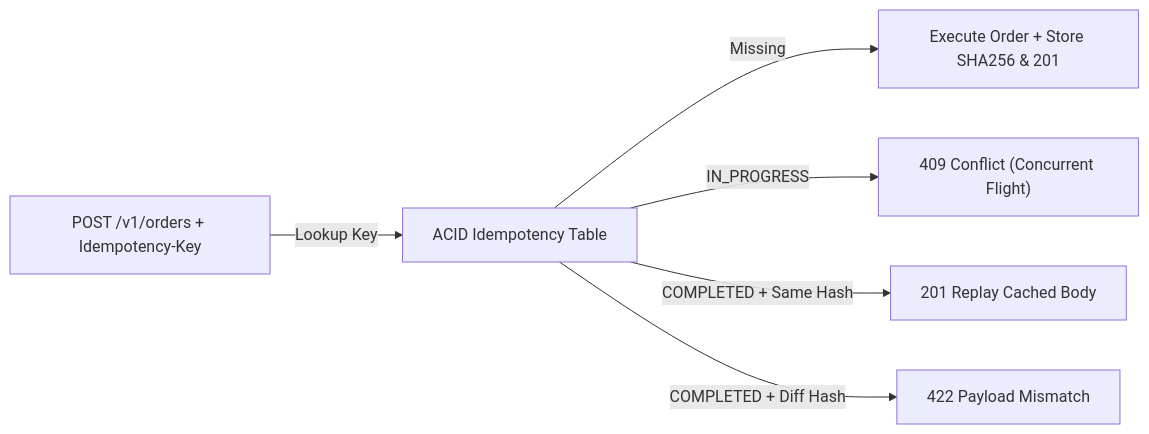
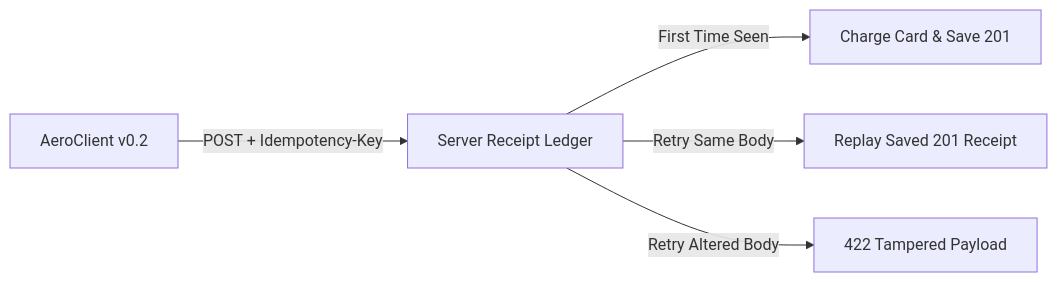
One commit to manjunathk833/codingforinterviews changed the diagram in knowledgebase/04-api-and-api-automation/02-rest-idempotency-caching-and-pagination.md. Above: the diagram before and after it, drawn with Mermaid. The commit also changed other lines of this file and 55 other files, not shown here.

````diff
--- a/knowledgebase/04-api-and-api-automation/02-rest-idempotency-caching-and-pagination.md
+++ b/knowledgebase/04-api-and-api-automation/02-rest-idempotency-caching-and-pagination.md
@@ -67,8 +90,7 @@
 ```mermaid
 flowchart LR
-  Req["POST /v1/orders + Idempotency-Key"] -->|Lookup Key| Ledger["ACID Idempotency Table"]
-  Ledger -->|Missing| Tx["Execute Order + Store SHA256 & 201"]
-  Ledger -->|IN_PROGRESS| Busy["409 Conflict (Concurrent Flight)"]
-  Ledger -->|COMPLETED + Same Hash| Replay["201 Replay Cached Body"]
-  Ledger -->|COMPLETED + Diff Hash| Tamper["422 Payload Mismatch"]
+  Client["AeroClient v0.2"] -->|POST + Idempotency-Key| Ledger["Server Receipt Ledger"]
+  Ledger -->|First Time Seen| Charge["Charge Card & Save 201"]
+  Ledger -->|Retry Same Body| Replay["Replay Saved 201 Receipt"]
+  Ledger -->|Retry Altered Body| Reject["422 Tampered Payload"]
 ```
````
